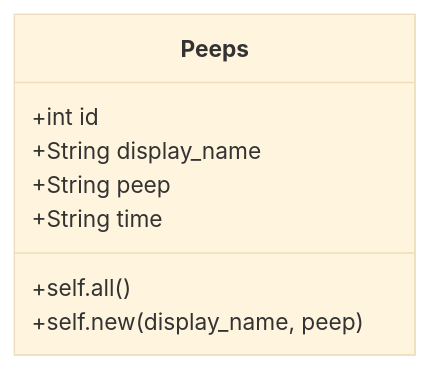
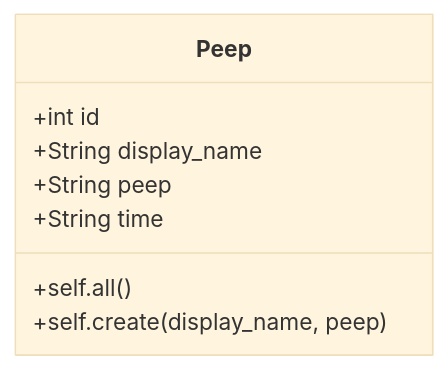
The fourth of 5 diagrams in README.md (makersacademy/chitter-challenge), drawn with Mermaid (base theme) before and after one commit. The commit also changed other lines of this file and 11 other files, not shown here.

````diff
--- a/README.md
+++ b/README.md
@@ -93,10 +93,10 @@
 ```mermaid
   classDiagram
-  class Peeps
-  Peeps : +int id
-  Peeps : +String display_name
-  Peeps : +String peep
-  Peeps : +String time
-  Peeps : +self.all()
-  Peeps : +self.new(display_name, peep)
+  class Peep
+  Peep : +int id
+  Peep : +String display_name
+  Peep : +String peep
+  Peep : +String time
+  Peep : +self.all()
+  Peep : +self.create(display_name, peep)
 ```
````
